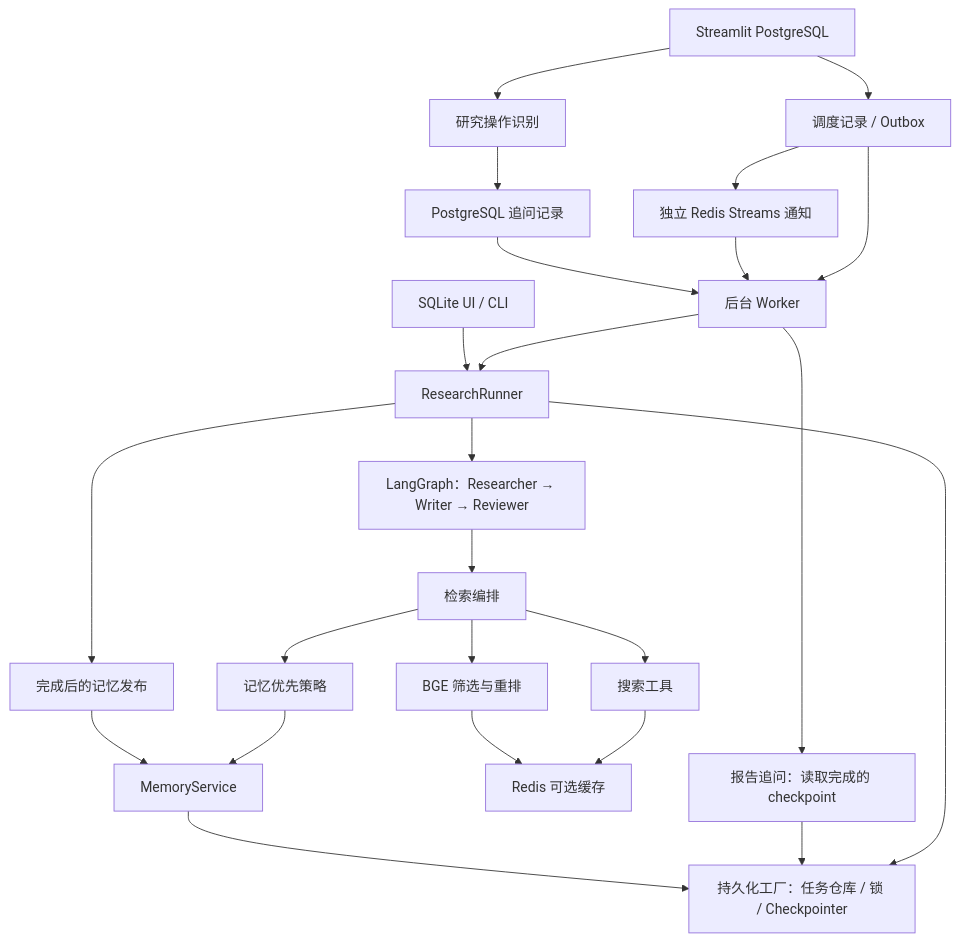
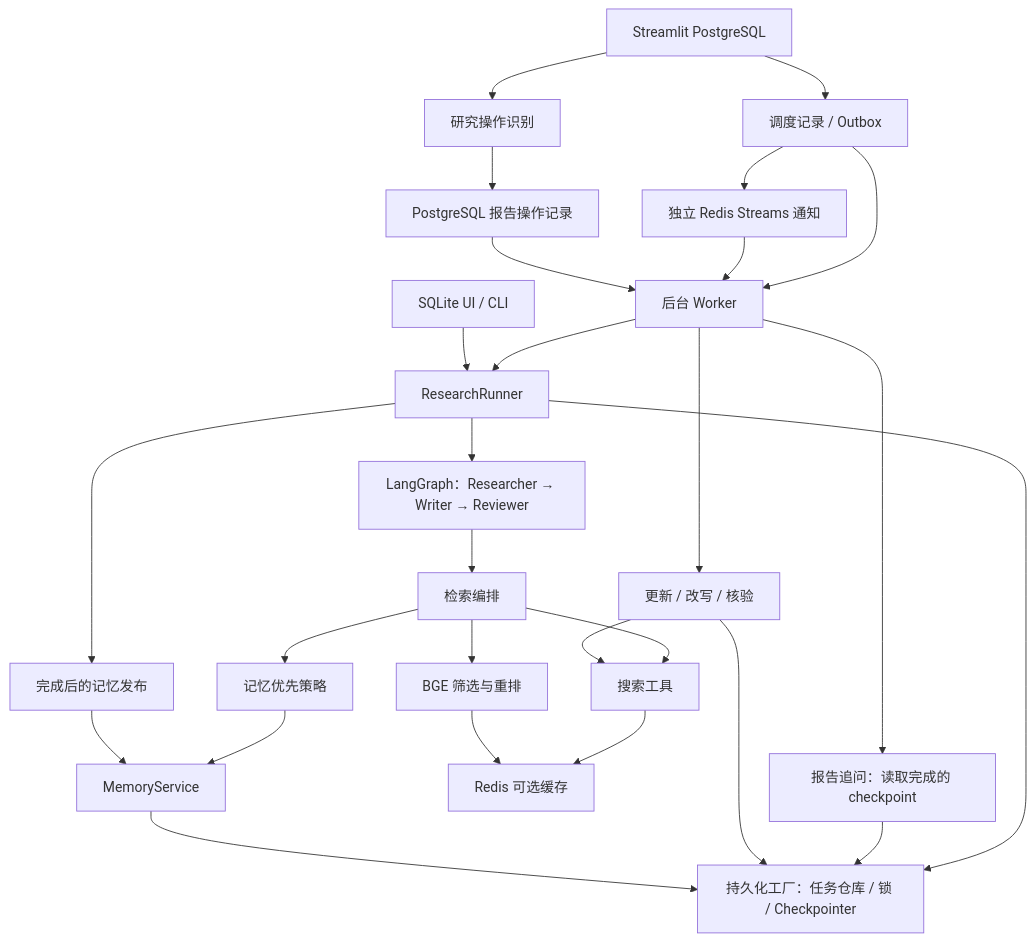
The diagram in docs/handbook/architecture.md (lyx0902/ApexLogic), drawn with Mermaid before and after one commit. The commit also changed other lines of this file and 6 other files, not shown here.

````diff
--- a/docs/handbook/architecture.md
+++ b/docs/handbook/architecture.md
@@ -11,27 +11,30 @@
 ```mermaid
 flowchart TD
     UI["Streamlit PostgreSQL"] --> Scheduler["调度记录 / Outbox"]
     Scheduler --> Worker["后台 Worker"]
     Worker --> Runner["ResearchRunner"]
     Scheduler --> Queue["独立 Redis Streams 通知"]
     Queue --> Worker
     Direct["SQLite UI / CLI"] --> Runner
     Runner --> Graph["LangGraph：Researcher → Writer → Reviewer"]
     Runner --> Storage["持久化工厂：任务仓库 / 锁 / Checkpointer"]
     Graph --> Retrieval["检索编排"]
     Retrieval --> Policy["记忆优先策略"]
     Policy --> Memory["MemoryService"]
     Retrieval --> Tools["搜索工具"]
     Retrieval --> Ranking["BGE 筛选与重排"]
     Tools --> Cache["Redis 可选缓存"]
     Ranking --> Cache
     Runner --> Publication["完成后的记忆发布"]
     Publication --> Memory
 
     UI --> Intent["研究操作识别"]
-    Intent --> Turns["PostgreSQL 追问记录"]
+    Intent --> Turns["PostgreSQL 报告操作记录"]
     Turns --> Worker
     Worker --> Followup["报告追问：读取完成的 checkpoint"]
     Followup --> Storage
+    Worker --> ReportOps["更新 / 改写 / 核验"]
+    ReportOps --> Tools
+    ReportOps --> Storage
     Memory --> Storage
 ```
````
